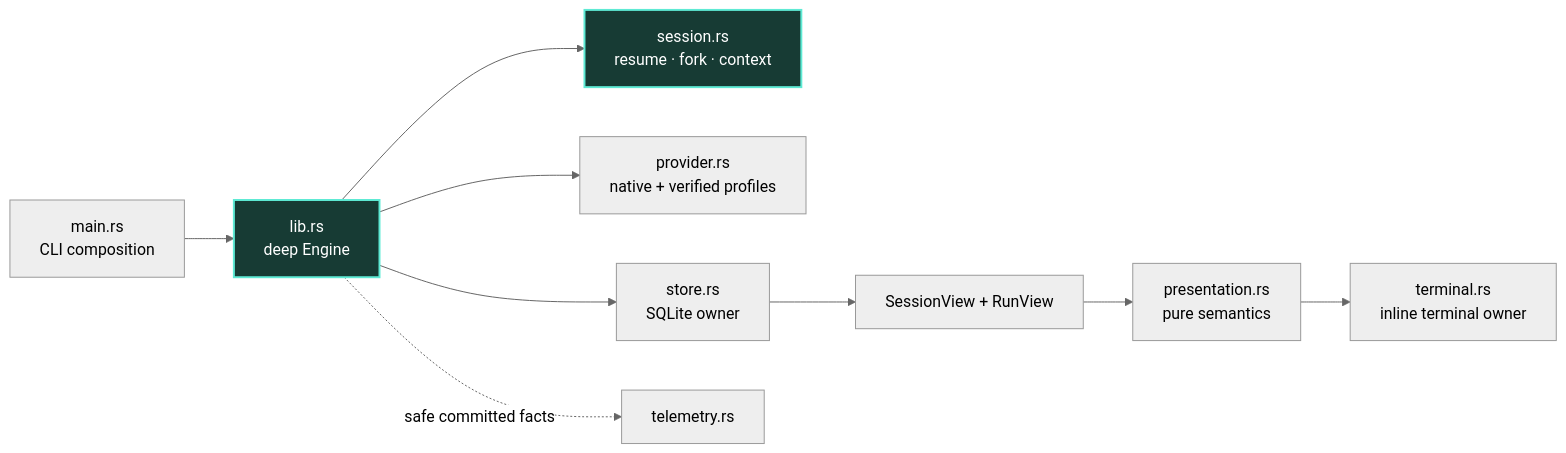
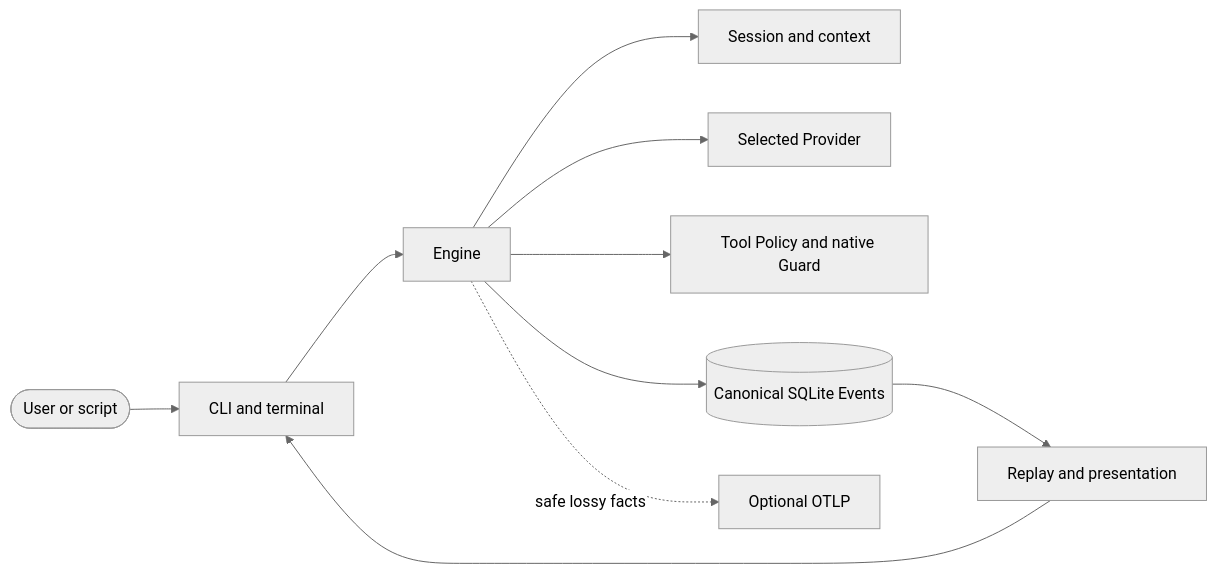
Before and after one commit to fpmirabile/arany: the diagram in docs/architecture/arany-conceptual-overview.md, drawn with Mermaid (neutral theme). The commit also changed other lines of this file and 68 other files, not shown here.

````diff
--- a/docs/architecture/arany-conceptual-overview.md
+++ b/docs/architecture/arany-conceptual-overview.md
@@ -94,14 +7,12 @@
 ```mermaid
 flowchart LR
-    CLI[main.rs<br/>CLI composition] --> Engine[lib.rs<br/>deep Engine]
-    Engine --> Session[session.rs<br/>resume · fork · context]
-    Engine --> Provider[provider.rs<br/>native + verified profiles]
-    Engine --> Store[store.rs<br/>SQLite owner]
-    Store --> Views[SessionView + RunView]
-    Views --> Presentation[presentation.rs<br/>pure semantics]
-    Presentation --> Terminal[terminal.rs<br/>inline terminal owner]
-    Engine -. safe committed facts .-> OTLP[telemetry.rs]
-
-    classDef deep fill:#173b34,color:#fff,stroke:#5eead4,stroke-width:2px;
-    class Engine,Session deep;
+    User([User or script]) --> CLI[CLI and terminal]
+    CLI --> Engine[Engine]
+    Engine --> Session[Session and context]
+    Engine --> Provider[Selected Provider]
+    Engine --> Tools[Tool Policy and native Guard]
+    Engine --> Journal[(Canonical SQLite Events)]
+    Journal --> Views[Replay and presentation]
+    Views --> CLI
+    Engine -. safe lossy facts .-> Telemetry[Optional OTLP]
 ```
````
